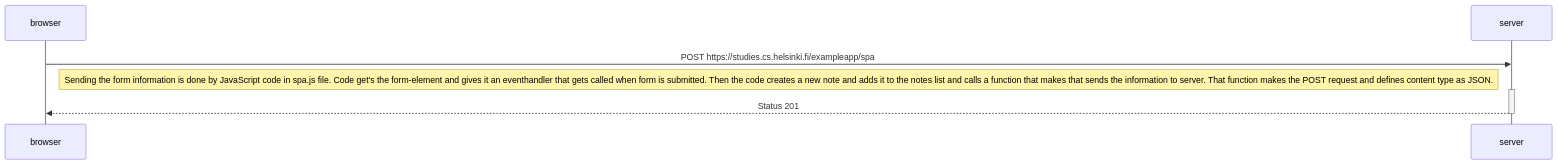
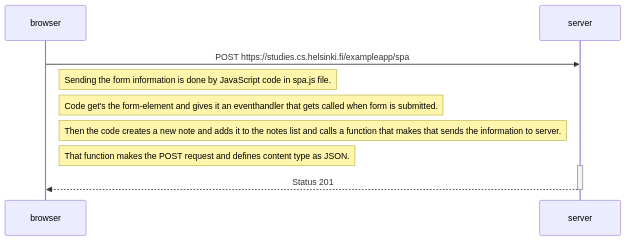
The diagram in osa0/0.6_single_page_app_new_note.md (tkartasl/full_stack_open), drawn with Mermaid before and after one commit.

````diff
--- a/osa0/0.6_single_page_app_new_note.md
+++ b/osa0/0.6_single_page_app_new_note.md
@@ -1,12 +1,15 @@
 ```mermaid
 sequenceDiagram
   participant browser
   participant server
 
   browser->>server: POST https://studies.cs.helsinki.fi/exampleapp/spa
-  Note right of browser: Sending the form information is done by JavaScript code in spa.js file. Code get's the form-element and gives it an eventhandler that gets called when form is submitted. Then the code creates a new note and adds it to the notes list and calls a function that makes that sends the information to server. That function makes the POST request and defines content type as JSON.
-  
+  Note right of browser: Sending the form information is done by JavaScript code in spa.js file.
+  Note right of browser: Code get's the form-element and gives it an eventhandler that gets called when form is submitted.
+Note right of browser: Then the code creates a new note and adds it to the notes list and calls a function that makes that sends the information to server.
+Note right of browser: That function makes the POST request and defines content type as JSON.
+
   activate server
   server-->>browser: Status 201
   deactivate server
   ```
````
